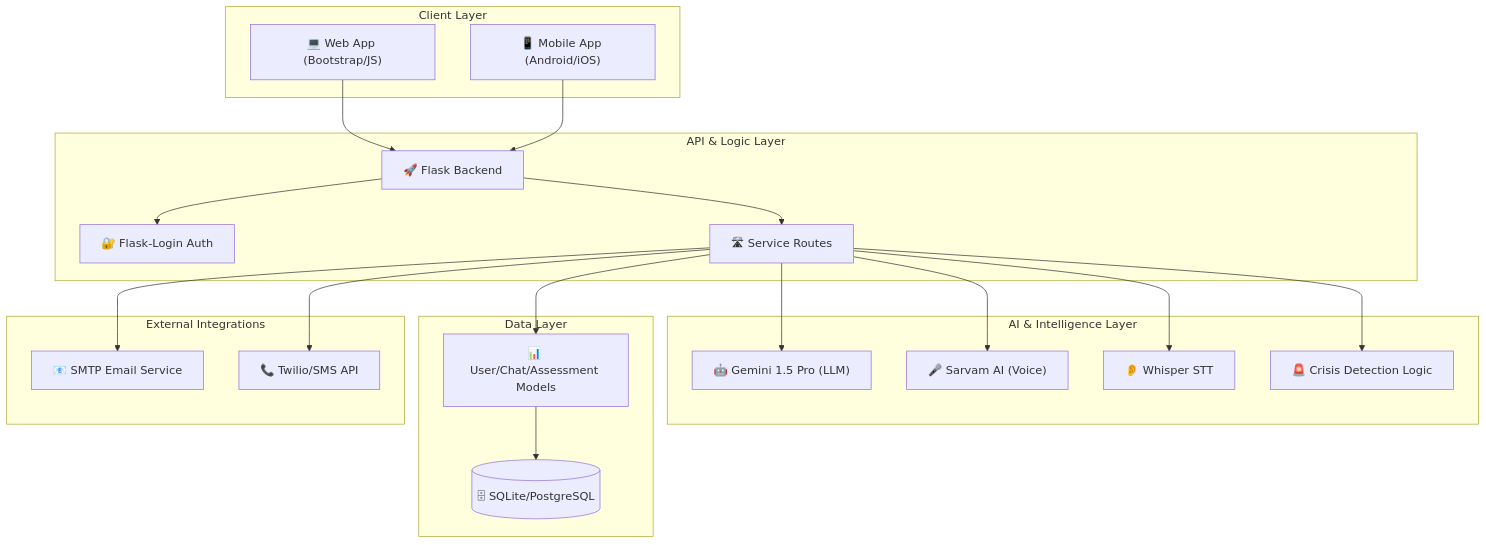
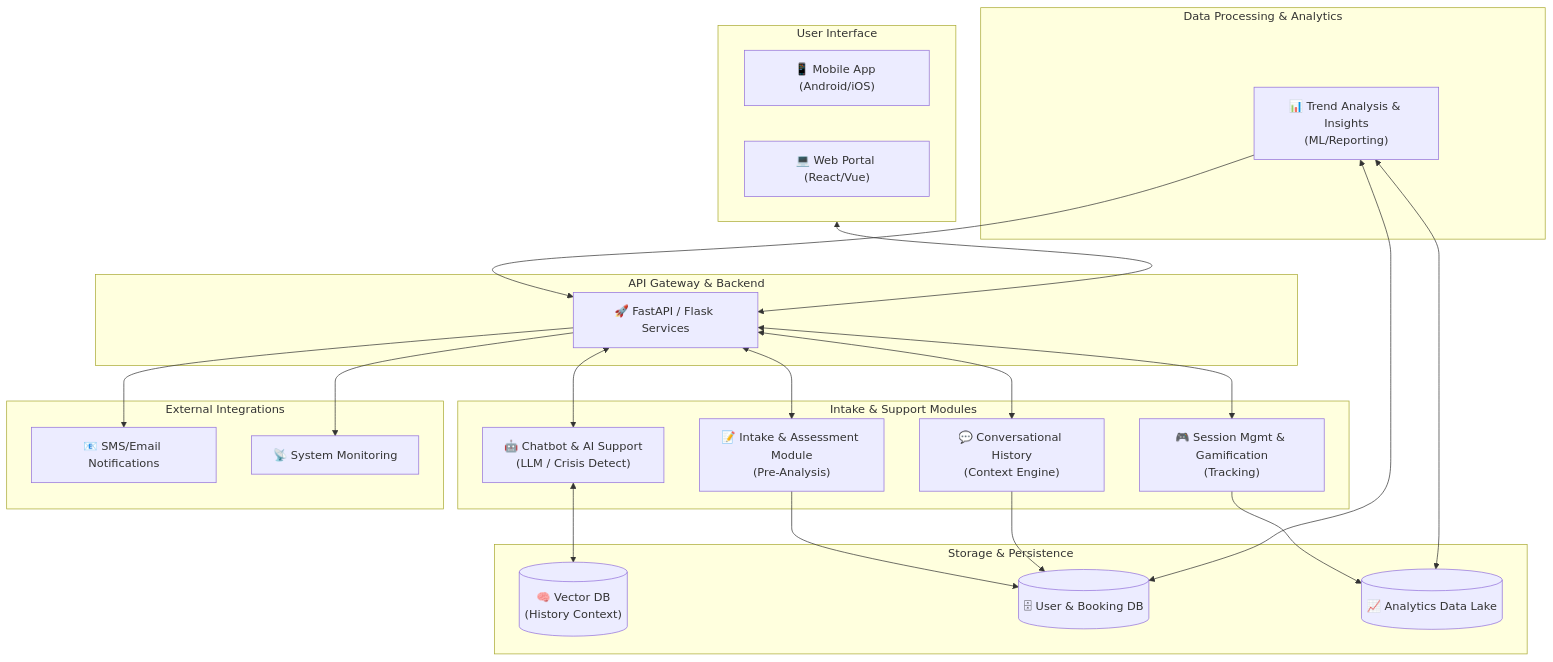
One commit to SarangRao20/techfiesta_mentalhealth changed the first of 2 diagrams in README.md. Above: the diagram before and after it, drawn with Mermaid. The commit also changed other lines of this file and 2 other files, not shown here.

````diff
--- a/README.md
+++ b/README.md
@@ -27,39 +26,47 @@
 ```mermaid
 graph TD
-    subgraph Client_Layer [Client Layer]
-        Web["💻 Web App (Bootstrap/JS)"]
+    subgraph UI_Layer [User Interface]
         Mobile["📱 Mobile App (Android/iOS)"]
+        Web["💻 Web Portal (React/Vue)"]
     end
 
-    subgraph API_Layer [API & Logic Layer]
-        FlaskServer["🚀 Flask Backend"]
-        Auth["🔐 Flask-Login Auth"]
-        Routes["🛣 Service Routes"]
+    subgraph Logic_Gateway [API Gateway & Backend]
+        Gateway["🚀 FastAPI / Flask Services"]
     end
 
-    subgraph AI_Processing_Layer [AI & Intelligence Layer]
-        Gemini["🤖 Gemini 1.5 Pro (LLM)"]
-        Sarvam["🎤 Sarvam AI (Voice)"]
-        Whisper["👂 Whisper STT"]
-        CrisisDetect["🚨 Crisis Detection Logic"]
+    subgraph Module_Layer [Intake & Support Modules]
+        Intake["📝 Intake & Assessment Module<br/>(Pre-Analysis)"]
+        ChatEngine["🤖 Chatbot & AI Support<br/>(LLM / Crisis Detect)"]
+        History["💬 Conversational History<br/>(Context Engine)"]
+        Session["🎮 Session Mgmt & Gamification<br/>(Tracking)"]
     end
 
-    subgraph Data_Layer [Data Layer]
-        DB[("🗄 SQLite/PostgreSQL")]
-        Models["📊 User/Chat/Assessment Models"]
+    subgraph Analytics_Layer [Data Processing & Analytics]
+        TrendAnal["📊 Trend Analysis & Insights<br/>(ML/Reporting)"]
     end
 
-    subgraph External_Services [External Integrations]
-        Email["📧 SMTP Email Service"]
-        Twilio["📞 Twilio/SMS API"]
+    subgraph Storage_Layer [Storage & Persistence]
+        VectorDB[("🧠 Vector DB<br/>(History Context)")]
+        RDBMS[("🗄 User & Booking DB")]
+        DataLake[("📈 Analytics Data Lake")]
     end
 
-    %% Connections
-    Web & Mobile --> FlaskServer
-    FlaskServer --> Auth
-    FlaskServer --> Routes
-    Routes --> Gemini & Sarvam & Whisper & CrisisDetect
-    Routes --> Models
-    Models --> DB
-    Routes --> Email & Twilio
+    subgraph External_Integrations [External Integrations]
+        Notif["📧 SMS/Email Notifications"]
+        Monitor["📡 System Monitoring"]
+    end
+
+    %% Flow
+    UI_Layer <--> Gateway
+    Gateway <--> Intake & ChatEngine & History & Session
+    
+    Intake --> RDBMS
+    ChatEngine <--> VectorDB
+    History --> RDBMS
+    Session --> DataLake
+    
+    TrendAnal <--> DataLake & RDBMS
+    
+    TrendAnal --> Gateway
+    Gateway --> Notif & Monitor
 ```
````
